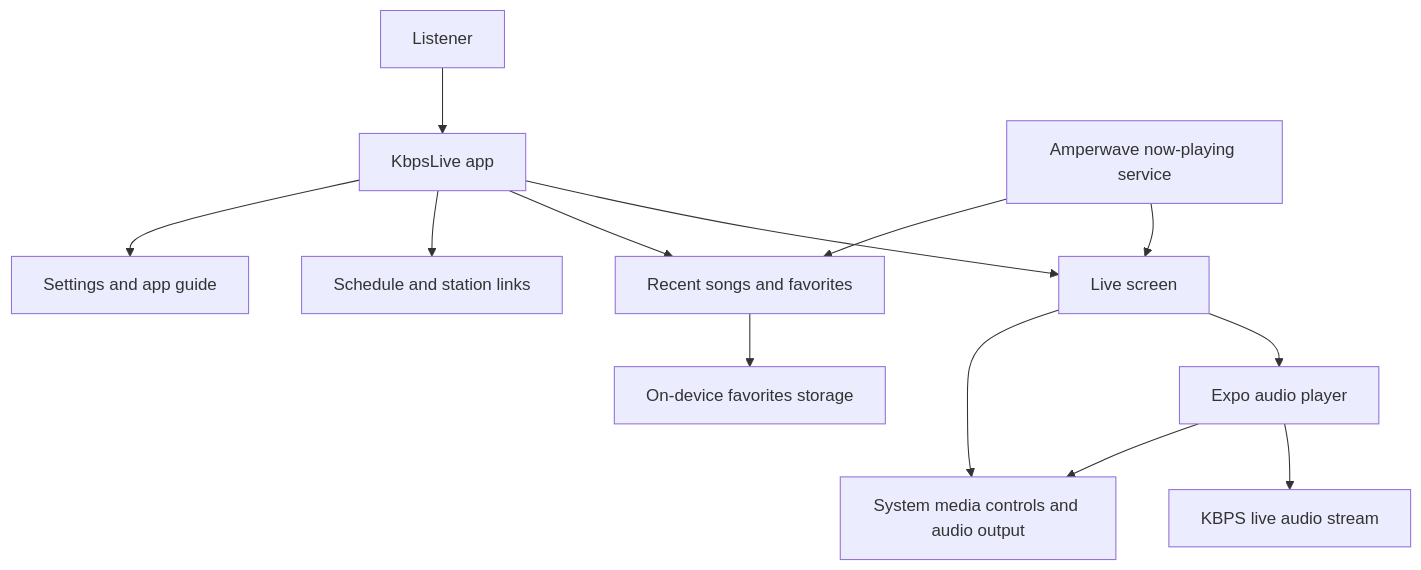
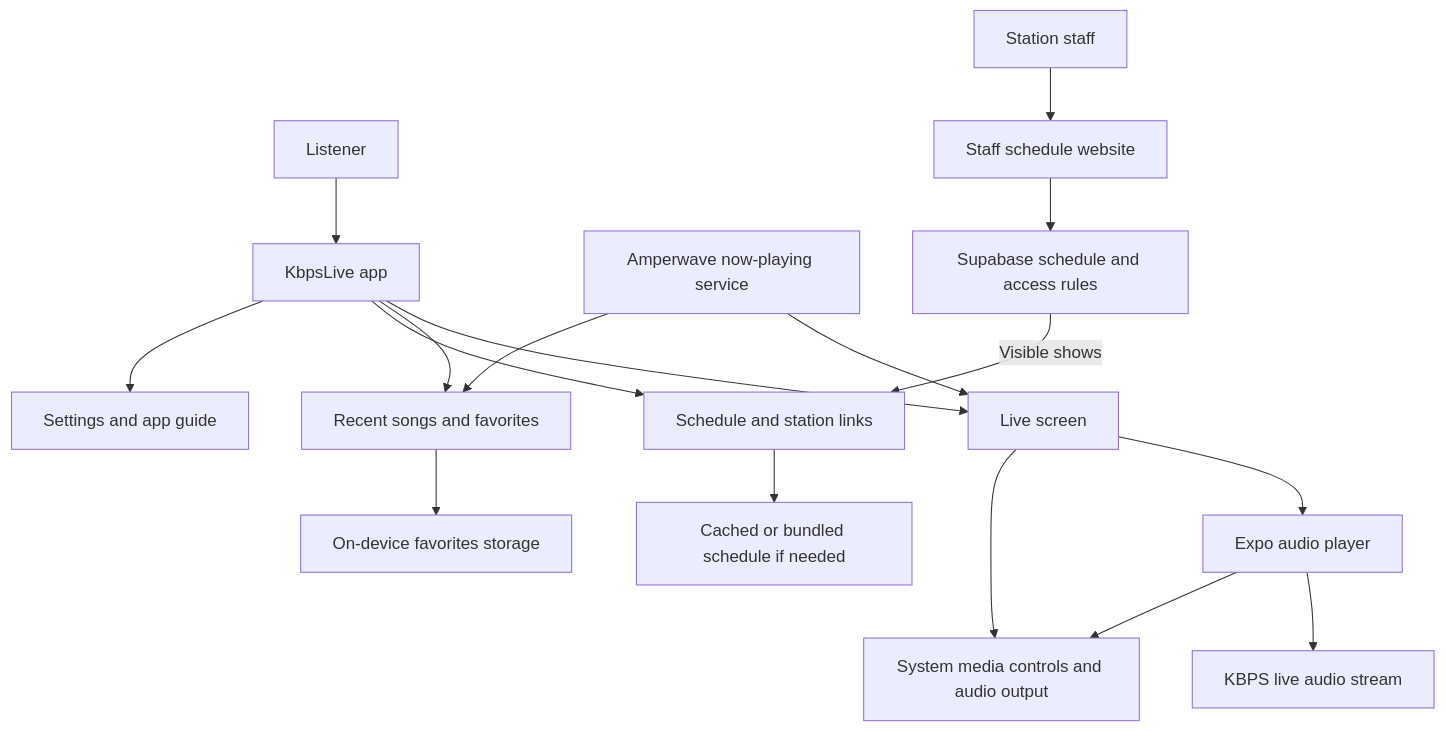
One commit to First-division/KbpsLive changed the first of 3 diagrams in README.md. Above: the diagram before and after it, drawn with Mermaid. The commit also changed other lines of this file, not shown here.

Commit message:
Document app and staff access flows

````diff
--- a/README.md
+++ b/README.md
@@ -19,16 +23,20 @@
 ```mermaid
 flowchart TD
     Listener[Listener] --> App[KbpsLive app]
     App --> Live[Live screen]
     App --> Recent[Recent songs and favorites]
     App --> Explore[Schedule and station links]
     App --> Settings[Settings and app guide]
 
     Live --> Player[Expo audio player]
     Player --> Stream[KBPS live audio stream]
     Player --> System[System media controls and audio output]
     Metadata[Amperwave now-playing service] --> Live
     Metadata --> Recent
     Live --> System
     Recent --> Storage[On-device favorites storage]
+    Admin[Station staff] --> Website[Staff schedule website]
+    Website --> Backend[Supabase schedule and access rules]
+    Backend -->|Visible shows| Explore
+    Explore --> Cache[Cached or bundled schedule if needed]
 ```
````
